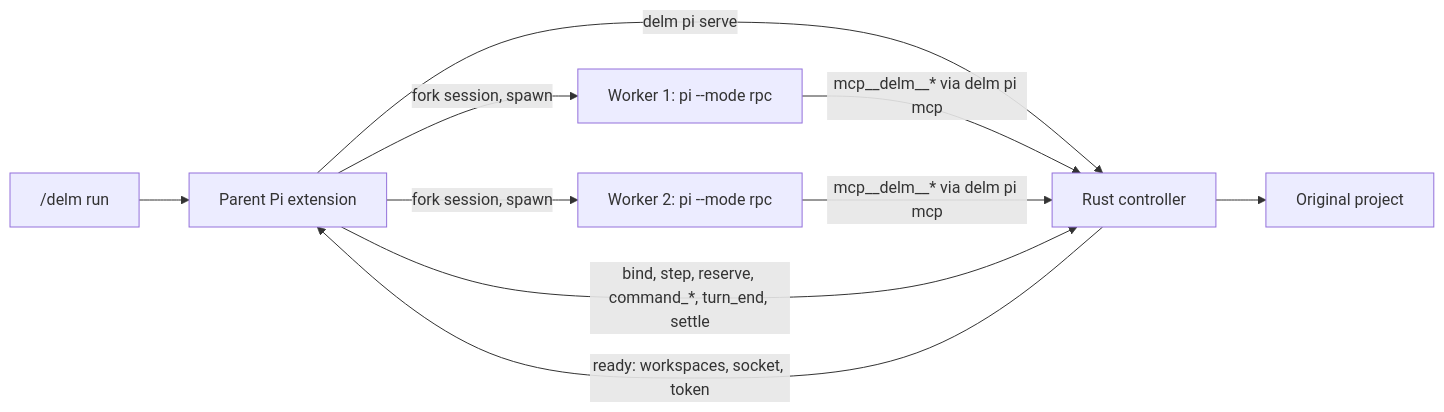
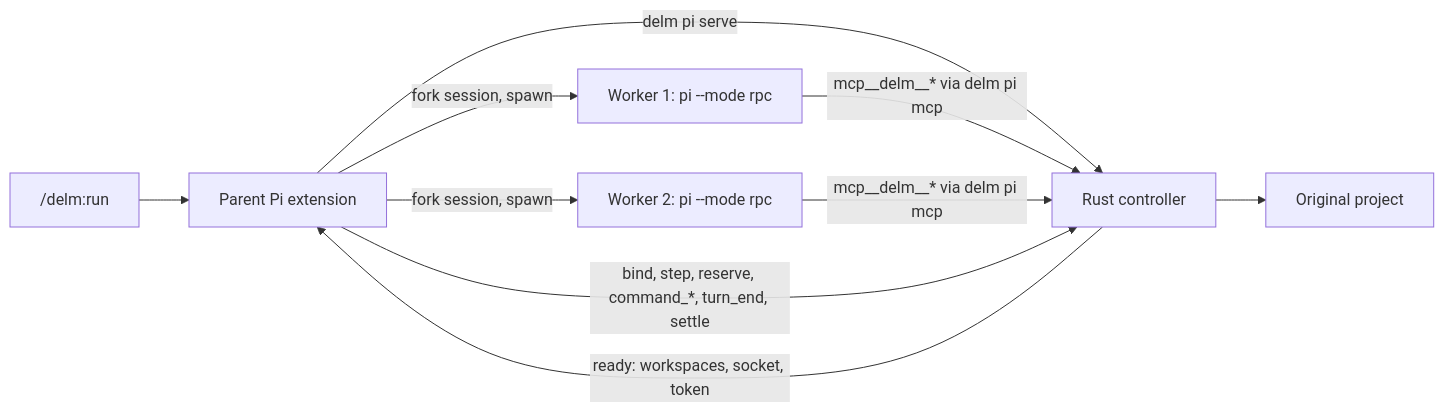
The diagram in docs/pi-integration.md (aadcha/delm-agent-plugin), drawn with Mermaid before and after one commit. The commit also changed other lines of this file and 18 other files, not shown here.

````diff
--- a/docs/pi-integration.md
+++ b/docs/pi-integration.md
@@ -23,12 +23,12 @@
 ```mermaid
 flowchart LR
-  User["/delm run"] --> Ext[Parent Pi extension]
+  User["/delm:run"] --> Ext[Parent Pi extension]
   Ext -->|delm pi serve| Ctl[Rust controller]
   Ctl -->|ready: workspaces, socket, token| Ext
   Ext -->|fork session, spawn| W1[Worker 1: pi --mode rpc]
   Ext -->|fork session, spawn| W2[Worker 2: pi --mode rpc]
   W1 -->|mcp__delm__* via delm pi mcp| Ctl
   W2 -->|mcp__delm__* via delm pi mcp| Ctl
   Ext -->|bind, step, reserve, command_*, turn_end, settle| Ctl
   Ctl --> Delivery[Original project]
 ```
````
